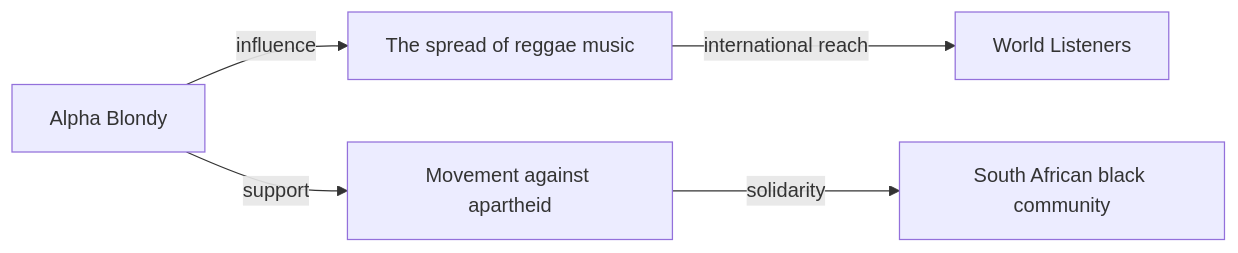
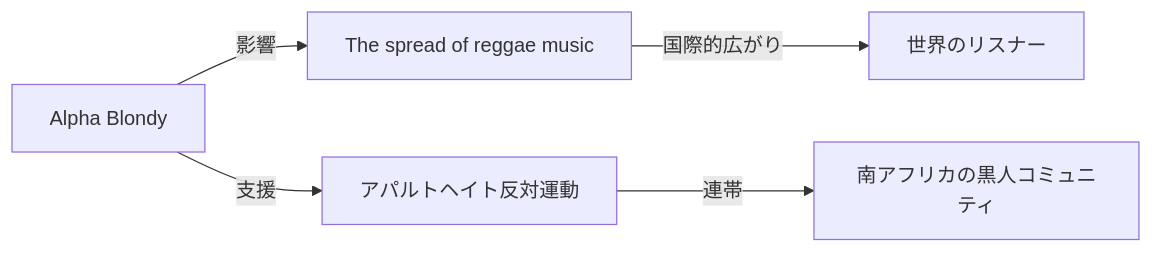
The third of 3 diagrams in en/_posts/2025-11-28-column-alpha-blondy.md (monumental-movement/monumental-movement.github.io), drawn with Mermaid before and after one commit. The commit also changed other lines of this file and 2196 other files, not shown here.

```diff
--- a/en/_posts/2025-11-28-column-alpha-blondy.md
+++ b/en/_posts/2025-11-28-column-alpha-blondy.md
@@ -212,7 +211,7 @@
 <div class="mermaid">
 graph LR
-    AB["Alpha Blondy"] -->|influence| RE["The spread of reggae music"]
-    AB -->|support| AP["Movement against apartheid"]
-    RE -->|international reach| GW["World Listeners"]
-    AP -->|solidarity| SA["South African black community"]
+    AB["Alpha Blondy"] -->|影響| RE["The spread of reggae music"]
+    AB -->|支援| AP["アパルトヘイト反対運動"]
+    RE -->|国際的広がり| GW["世界のリスナー"]
+    AP -->|連帯| SA["南アフリカの黒人コミュニティ"]
 </div>
```
